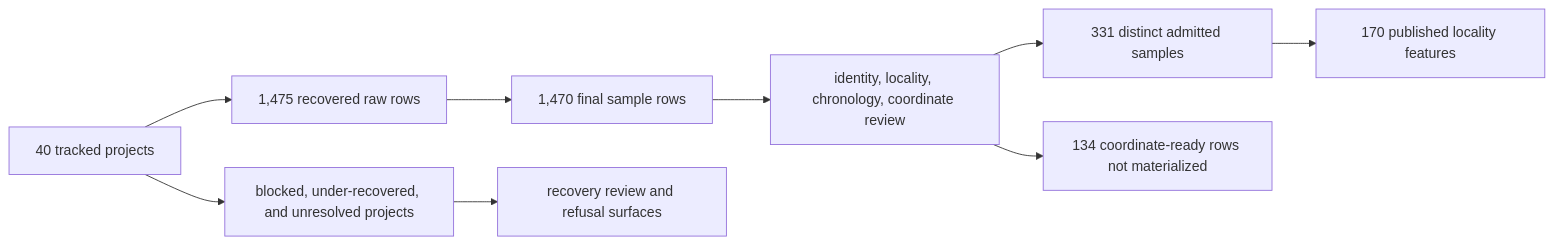
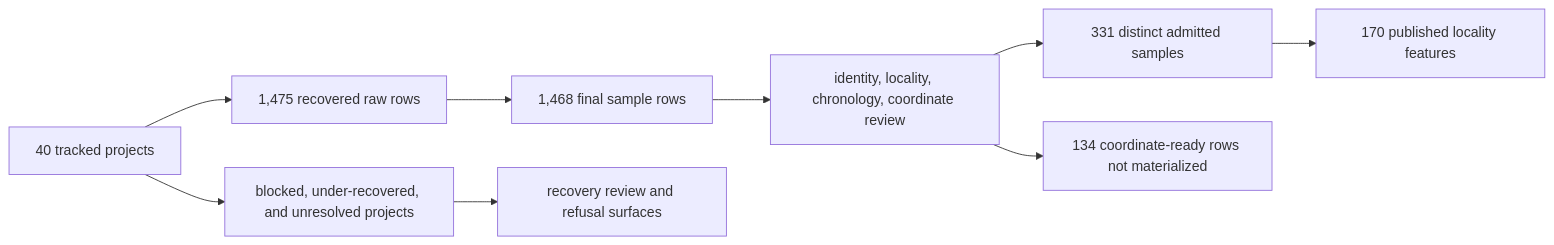
The third of 4 diagrams in docs/public/pollenomics-data/overview/animal-ancient-dna-evidence.md (bijux/bijux-pollenomics), drawn with Mermaid before and after one commit. The commit also changed other lines of this file and 16 other files, not shown here.

Commit message:
docs(adna): reconcile final sample claims with governed foundation

````diff
--- a/docs/public/pollenomics-data/overview/animal-ancient-dna-evidence.md
+++ b/docs/public/pollenomics-data/overview/animal-ancient-dna-evidence.md
@@ -132,11 +132,11 @@
 ```mermaid
 flowchart LR
     Inventory["40 tracked projects"] --> Recovery["1,475 recovered raw rows"]
-    Recovery --> Foundation["1,470 final sample rows"]
+    Recovery --> Foundation["1,468 final sample rows"]
     Foundation --> Review["identity, locality, chronology, coordinate review"]
     Review --> Samples["331 distinct admitted samples"]
     Samples --> Points["170 published locality features"]
     Review --> Excluded["134 coordinate-ready rows not materialized"]
     Inventory --> Gaps["blocked, under-recovered, and unresolved projects"]
     Gaps --> Accountability["recovery review and refusal surfaces"]
 ```
````
